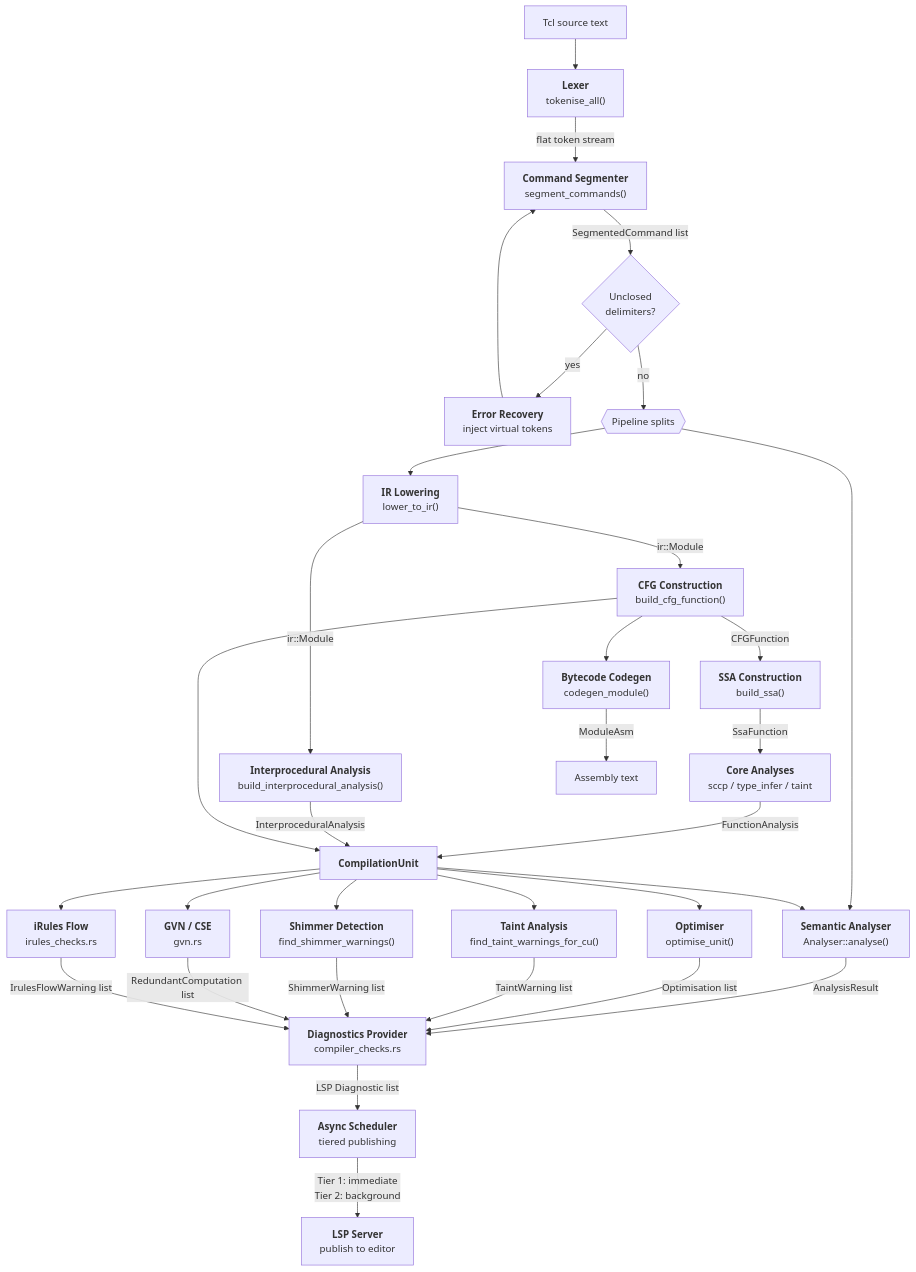
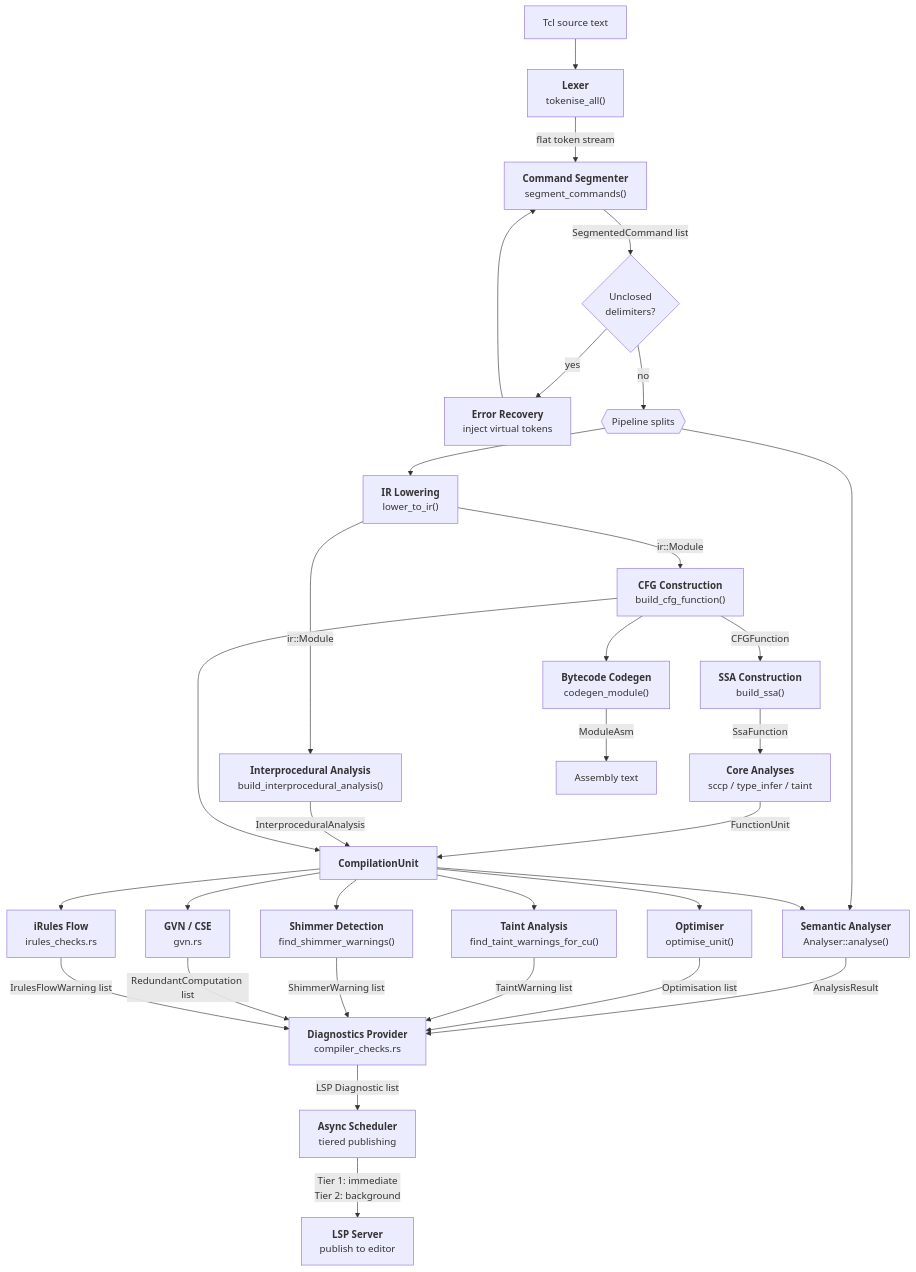
One commit to bitwisecook/tcl-lsp changed the first of 20 diagrams in docs/design/compiler-architecture.md. Above: the diagram before and after it, drawn with Mermaid. The commit also changed other lines of this file and 122 other files, not shown here.

````diff
--- a/docs/design/compiler-architecture.md
+++ b/docs/design/compiler-architecture.md
@@ -29,43 +29,43 @@
 ```mermaid
 flowchart TD
     SRC["Tcl source text"]
 
     SRC --> LEX["<b>Lexer</b><br/>tokenise_all()"]
     LEX -->|"flat token stream"| SEG["<b>Command Segmenter</b><br/>segment_commands()"]
     SEG -->|"SegmentedCommand list"| REC{"Unclosed<br/>delimiters?"}
     REC -- yes --> VREC["<b>Error Recovery</b><br/>inject virtual tokens"]
     VREC --> SEG
     REC -- no --> SPLIT{{"Pipeline splits"}}
 
     SPLIT --> ANA["<b>Semantic Analyser</b><br/>Analyser::analyse()"]
     SPLIT --> LOW["<b>IR Lowering</b><br/>lower_to_ir()"]
 
     LOW -->|ir::Module| CFG["<b>CFG Construction</b><br/>build_cfg_function()"]
     CFG -->|CFGFunction| SSA["<b>SSA Construction</b><br/>build_ssa()"]
     SSA -->|SsaFunction| CORE["<b>Core Analyses</b><br/>sccp / type_infer / taint"]
     LOW -->|ir::Module| IPA["<b>Interprocedural Analysis</b><br/>build_interprocedural_analysis()"]
 
-    CORE -->|FunctionAnalysis| CU["<b>CompilationUnit</b>"]
+    CORE -->|FunctionUnit| CU["<b>CompilationUnit</b>"]
     IPA -->|InterproceduralAnalysis| CU
     CFG --> CU
 
     CU --> OPT["<b>Optimiser</b><br/>optimise_unit()"]
     CU --> TAINT["<b>Taint Analysis</b><br/>find_taint_warnings_for_cu()"]
     CU --> SHIM["<b>Shimmer Detection</b><br/>find_shimmer_warnings()"]
     CU --> GVN["<b>GVN / CSE</b><br/>gvn.rs"]
     CU --> IFLOW["<b>iRules Flow</b><br/>irules_checks.rs"]
     CU --> ANA
 
     CFG --> CGEN["<b>Bytecode Codegen</b><br/>codegen_module()"]
     CGEN -->|"ModuleAsm"| ASMTXT["Assembly text"]
 
     ANA -->|AnalysisResult| DIAG["<b>Diagnostics Provider</b><br/>compiler_checks.rs"]
     OPT -->|"Optimisation list"| DIAG
     TAINT -->|"TaintWarning list"| DIAG
     SHIM -->|"ShimmerWarning list"| DIAG
     GVN -->|"RedundantComputation list"| DIAG
     IFLOW -->|"IrulesFlowWarning list"| DIAG
 
     DIAG -->|"LSP Diagnostic list"| SCHED["<b>Async Scheduler</b><br/>tiered publishing"]
     SCHED -->|"Tier 1: immediate<br/>Tier 2: background"| LSP["<b>LSP Server</b><br/>publish to editor"]
 ```
````
